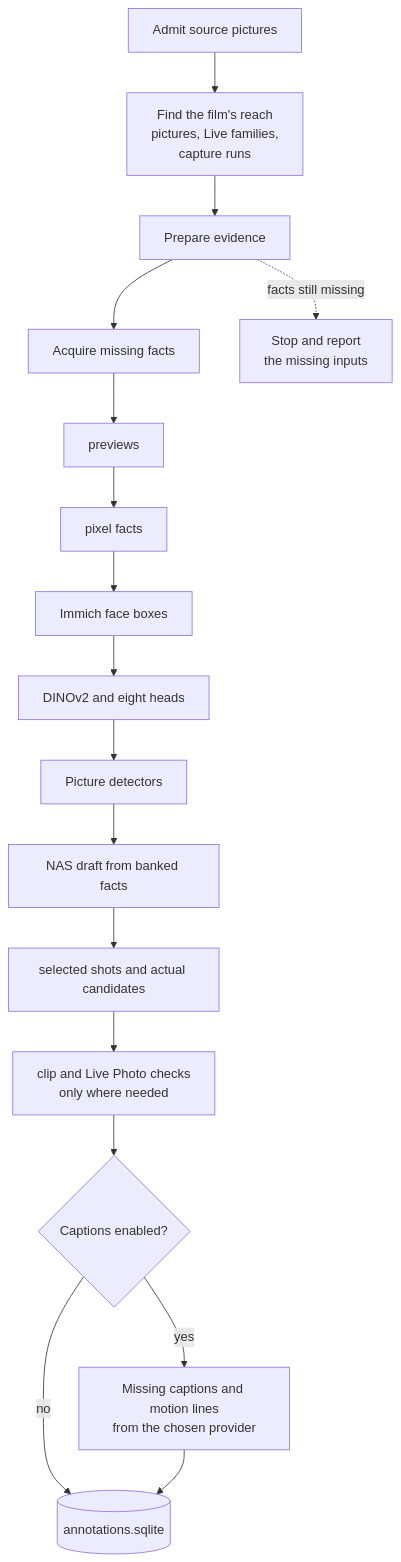
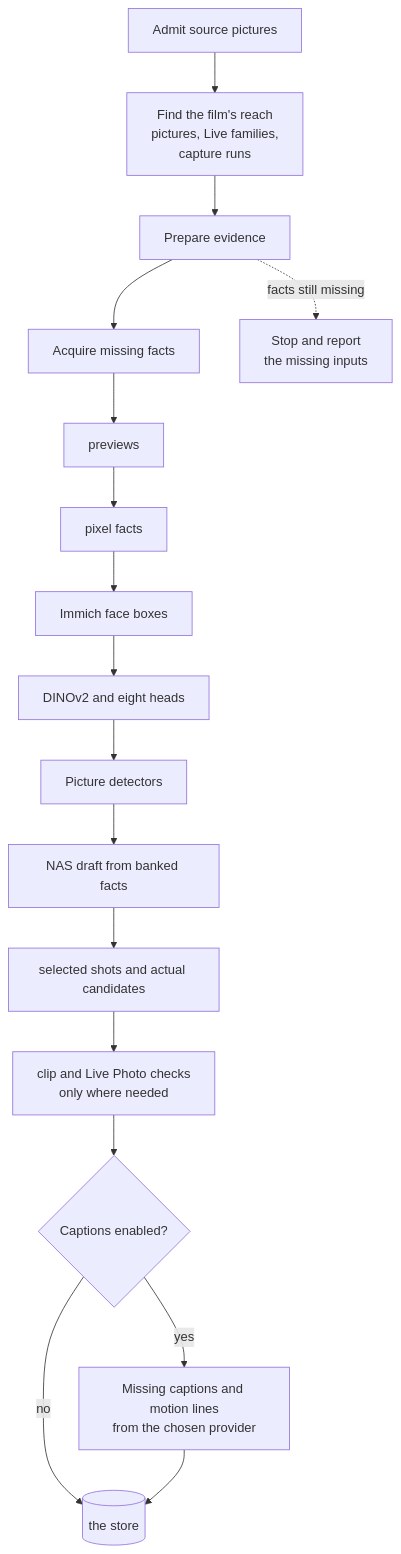
One commit to sam-dumont/immich-memories changed the second of 2 diagrams in docs-site/docs/how-it-chooses/overview.md. Above: the diagram before and after it, drawn with Mermaid. The commit also changed other lines of this file and 175 other files, not shown here.

````diff
--- a/docs-site/docs/how-it-chooses/overview.md
+++ b/docs-site/docs/how-it-chooses/overview.md
@@ -82,17 +82,17 @@
 ```mermaid
 flowchart TD
   src["Admit source pictures"] --> reach["Find the film's reach<br/>pictures, Live families,<br/>capture runs"]
   reach --> ev["Prepare evidence"]
   ev --> ann["Acquire missing facts"]
   ann --> previews["previews"] --> pixels["pixel facts"] --> faces["Immich face boxes"]
   faces --> heads["DINOv2 and eight heads"]
   heads --> det["Picture detectors"]
   det --> draft["NAS draft from banked facts"]
   draft --> demand["selected shots and actual candidates"]
   demand --> clip["clip and Live Photo checks<br/>only where needed"]
   clip --> cap{"Captions enabled?"}
   cap -- yes --> captions["Missing captions and motion lines<br/>from the chosen provider"]
-  cap -- no --> store[("annotations.sqlite")]
+  cap -- no --> store[("the store")]
   captions --> store
   ev -.->|"facts still missing"| stop["Stop and report<br/>the missing inputs"]
 ```
````
